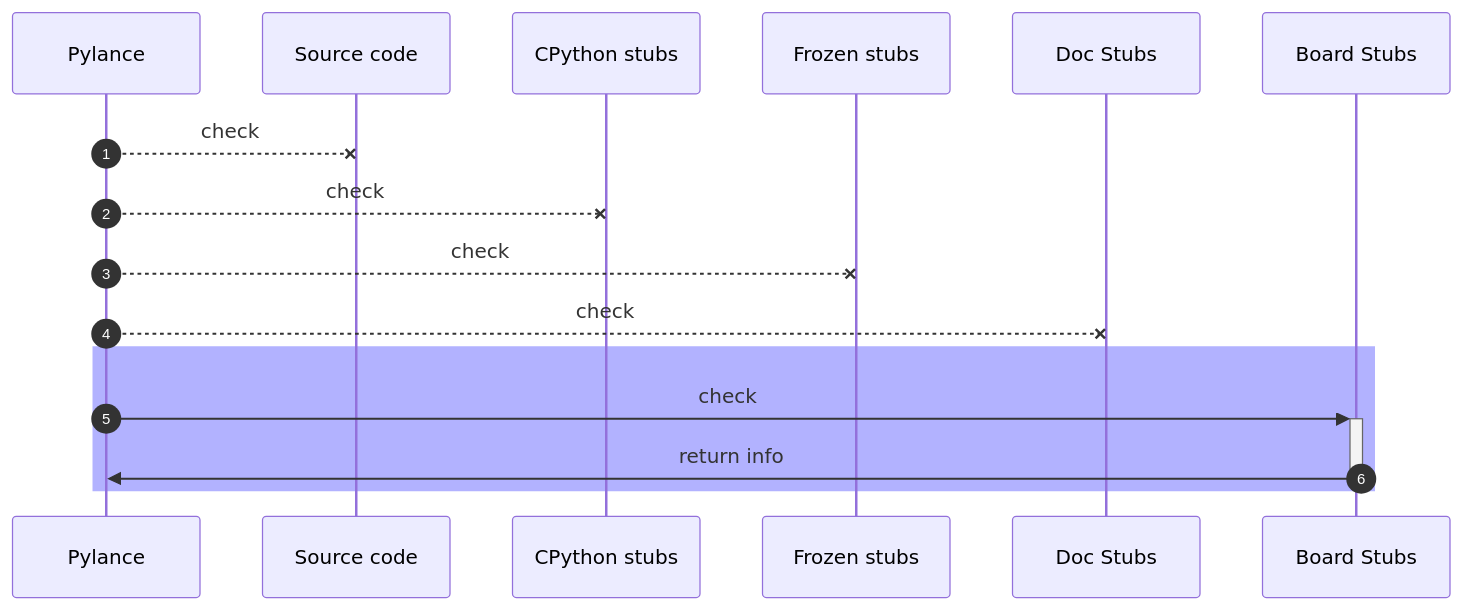
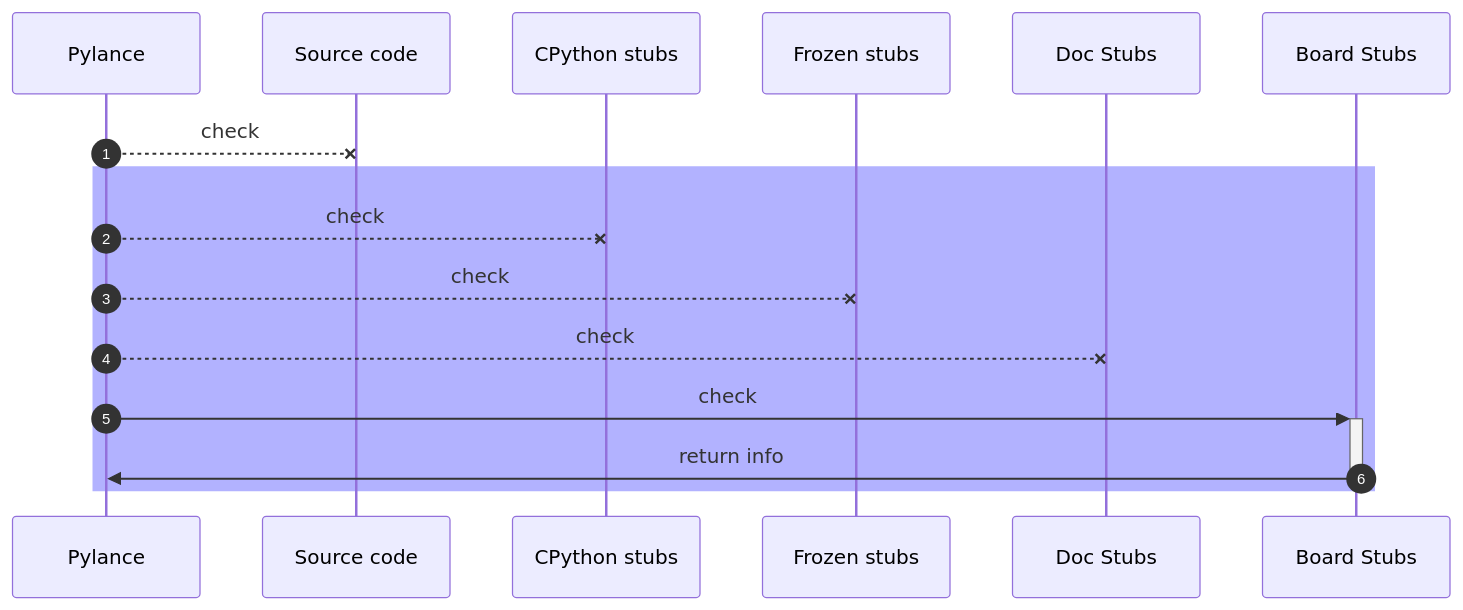
Before and after one commit to Josverl/micropython-stubs: the diagram in docs/15_order.md, drawn with Mermaid. The commit also changed other lines of this file and 1 other file, not shown here.

Commit message:
docs: update diagram - add ext recommendations

````diff
--- a/docs/15_order.md
+++ b/docs/15_order.md
@@ -14,13 +14,13 @@
 ```{mermaid}
 sequenceDiagram
     participant Pylance
     autonumber
     Pylance --x Source code: check 
+    rect rgba(0, 0, 255, .3)
     Pylance --x CPython stubs: check 
     Pylance --x Frozen stubs: check 
     Pylance --x Doc Stubs: check 
-    rect rgba(0, 0, 255, .3)
     Pylance ->>+Board Stubs: check
     Board Stubs ->>-Pylance: return info 
     end
 ```
````
